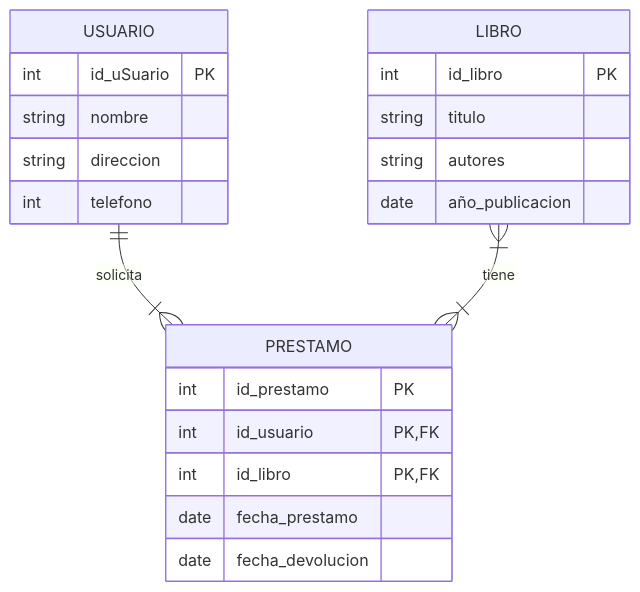
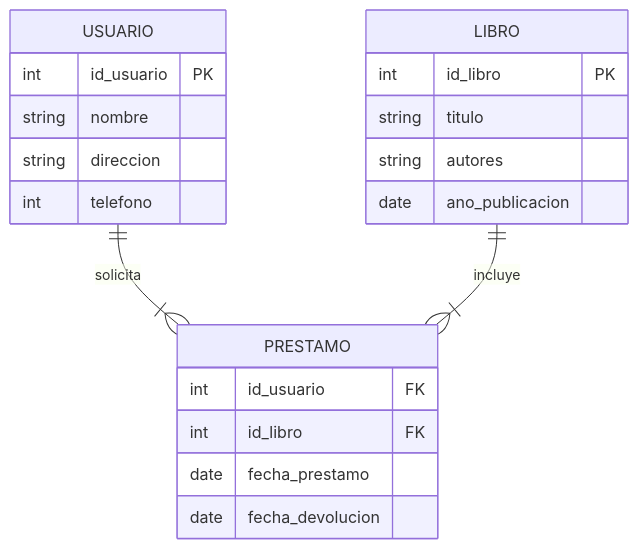
The first of 3 diagrams in readme.md (juliialzate/Diagramas-Entidad-Relaci-n), drawn with Mermaid before and after one commit. The commit also changed other lines of this file, not shown here.

````diff
--- a/readme.md
+++ b/readme.md
@@ -5,28 +5,28 @@
 ```mermaid
 erDiagram
-	direction TB
-	LIBRO {
-		int id_libro PK ""  
-		string titulo  ""  
-		string autores  "" 
-    date año_publicacion 
-	}
+    direction TB
 
-	USUARIO {
-		int id_uSuario PK ""  
-		string nombre  ""  
-		string direccion  ""  
-		int telefono  ""  
-	}
+    LIBRO {
+        int id_libro PK
+        string titulo
+        string autores
+        date ano_publicacion
+    }
 
-	PRESTAMO {
-		int id_prestamo PK ""  
-		int id_usuario PK, FK ""  
-		int id_libro PK, FK ""  
-		date fecha_prestamo  ""  
-		date fecha_devolucion  ""  
-	}
+    USUARIO {
+        int id_usuario PK
+        string nombre
+        string direccion
+        int telefono
+    }
+
+    PRESTAMO {
+        int id_usuario FK
+        int id_libro FK
+        date fecha_prestamo
+        date fecha_devolucion
+    }
 
     USUARIO ||--|{ PRESTAMO : solicita
-    LIBRO }|--|{ PRESTAMO : tiene 
+    LIBRO ||--|{ PRESTAMO : incluye
 ```
````
